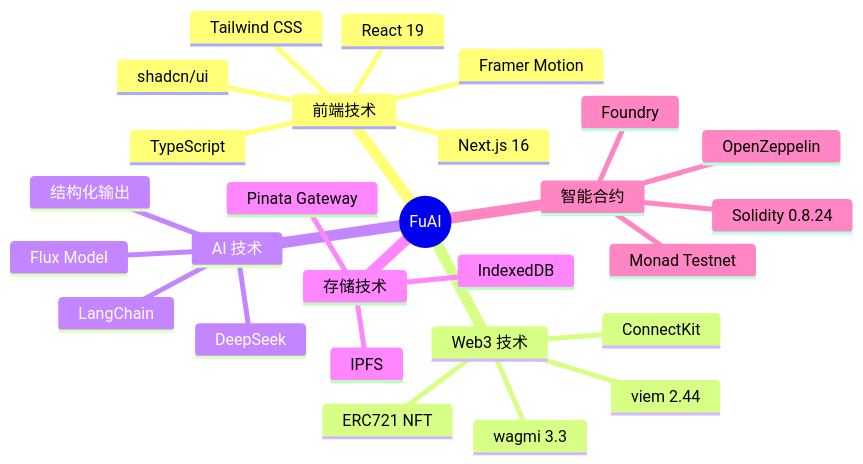
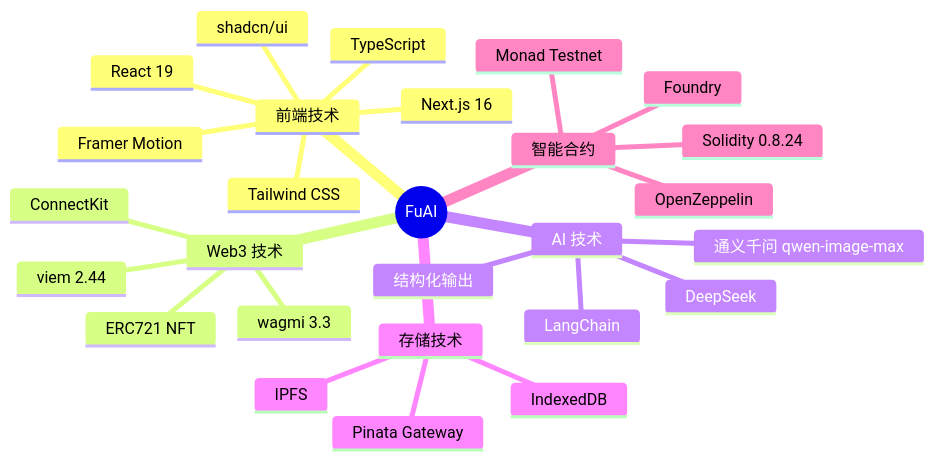
The second of 12 diagrams in README.md (JasonRUAN/FuAI), drawn with Mermaid before and after one commit. The commit also changed other lines of this file, not shown here.

````diff
--- a/README.md
+++ b/README.md
@@ -111,30 +111,30 @@
 ```mermaid
 mindmap
   root((FuAI))
     前端技术
       Next.js 16
       React 19
       TypeScript
       Tailwind CSS
       shadcn/ui
       Framer Motion
     Web3 技术
       wagmi 3.3
       viem 2.44
       ConnectKit
       ERC721 NFT
     AI 技术
       LangChain
       DeepSeek
-      Flux Model
+      通义千问 qwen-image-max
       结构化输出
     存储技术
       IPFS
       Pinata Gateway
       IndexedDB
     智能合约
       Solidity 0.8.24
       Foundry
       OpenZeppelin
       Monad Testnet
 ```
````
